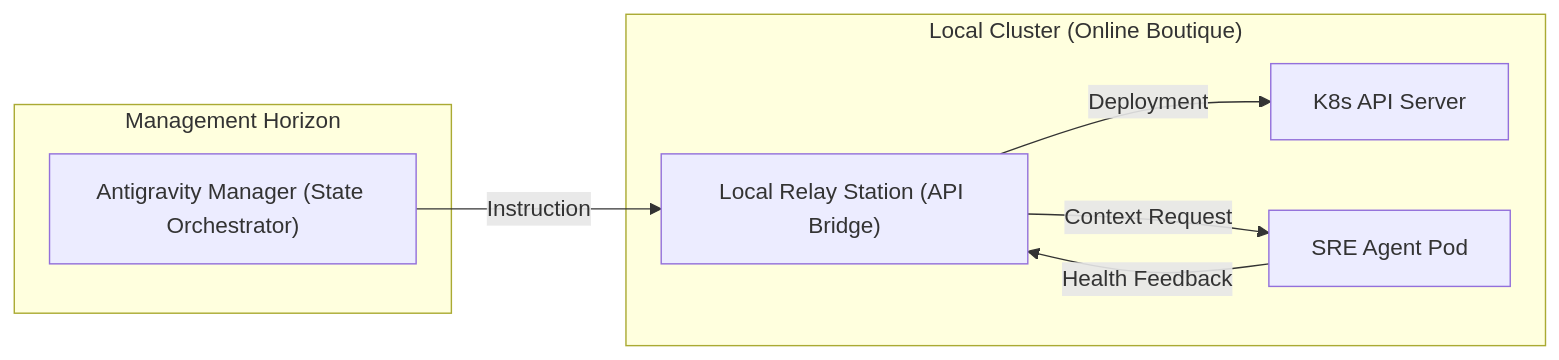
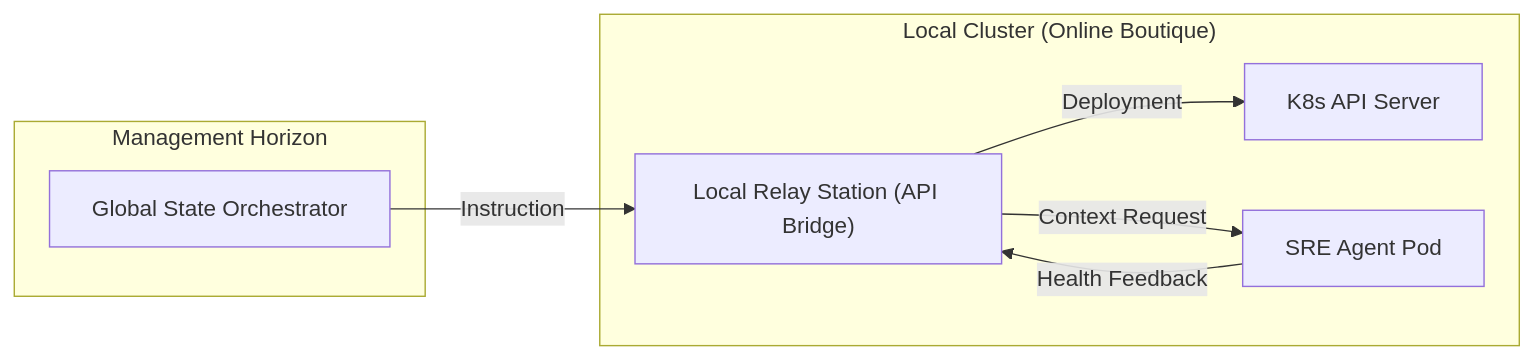
The second of 2 diagrams in ARCHITECTURE.md (fbscotta369/ai4all-sre), drawn with Mermaid before and after one commit. The commit also changed other lines of this file and 2 other files, not shown here.

Commit message:
docs: finalize staff-level portfolio with actionable AI lab steps and branding-free specs

````diff
--- a/ARCHITECTURE.md
+++ b/ARCHITECTURE.md
@@ -65,17 +65,17 @@
 ```mermaid
 graph LR
     subgraph "Management Horizon"
-        AG["Antigravity Manager (State Orchestrator)"]
+        AG["Global State Orchestrator"]
     end
 
     subgraph "Local Cluster (Online Boutique)"
         Relay["Local Relay Station (API Bridge)"]
         K8s_API["K8s API Server"]
         Agent_Pod["SRE Agent Pod"]
     end
 
     AG -->|Instruction| Relay
     Relay -->|Deployment| K8s_API
     Relay -->|Context Request| Agent_Pod
     Agent_Pod -->|Health Feedback| Relay
 ```
````
